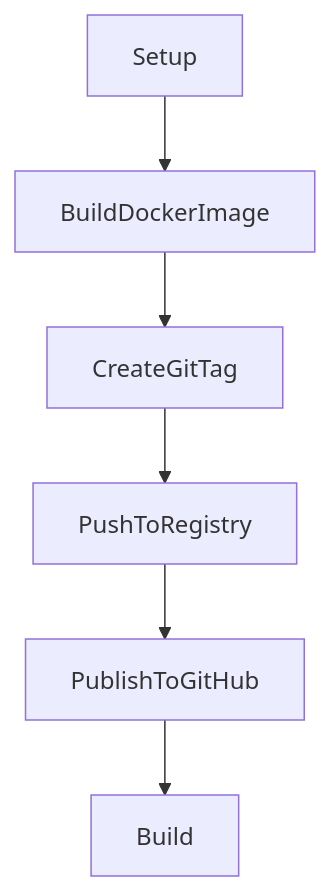
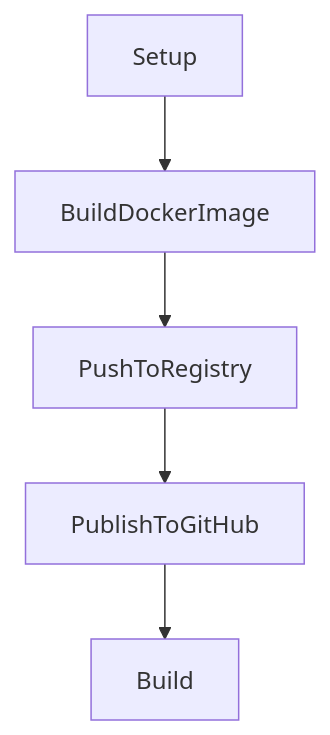
The second of 4 diagrams in documentation/docs/targets.md (The-Running-Dev/Docker-BuildAgent), drawn with Mermaid before and after one commit. The commit also changed other lines of this file and 2 other files, not shown here.

First line of the commit message:
Build Fix and Docs Update

````diff
--- a/documentation/docs/targets.md
+++ b/documentation/docs/targets.md
@@ -39,4 +38,4 @@
 ```mermaid
 flowchart TD
-    Setup --> BuildDockerImage --> CreateGitTag --> PushToRegistry --> PublishToGitHub --> Build
+    Setup --> BuildDockerImage --> PushToRegistry --> PublishToGitHub --> Build
 ```
````
